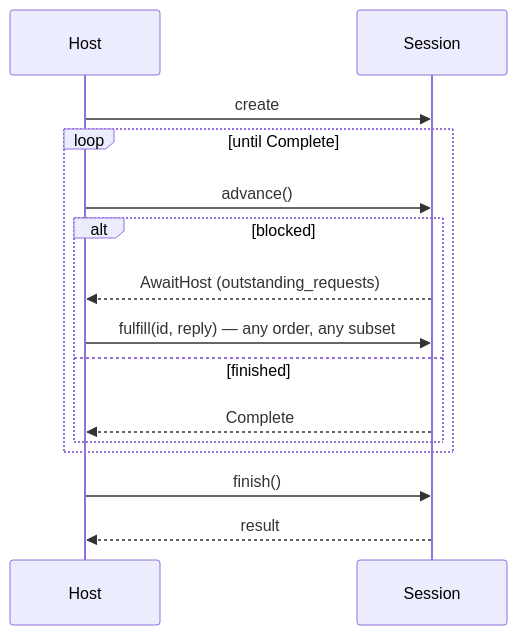
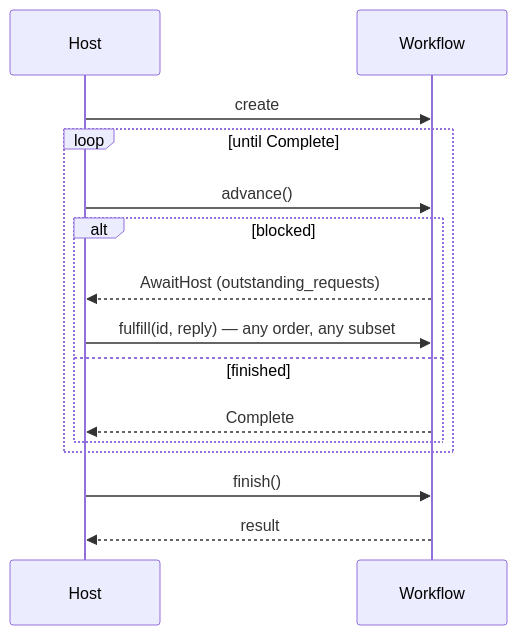
One commit to scouten/state-machine-experiment changed the second of 2 diagrams in docs/walkthrough/01-the-idea.md. Above: the diagram before and after it, drawn with Mermaid. The commit also changed other lines of this file and 102 other files, not shown here.

````diff
--- a/docs/walkthrough/01-the-idea.md
+++ b/docs/walkthrough/01-the-idea.md
@@ -99,17 +100,17 @@
 ```mermaid
 sequenceDiagram
     participant H as Host
-    participant S as Session
+    participant S as Workflow
     H->>S: create
     loop until Complete
         H->>S: advance()
         alt blocked
             S-->>H: AwaitHost (outstanding_requests)
             H->>S: fulfill(id, reply) — any order, any subset
         else finished
             S-->>H: Complete
         end
     end
     H->>S: finish()
     S-->>H: result
 ```
````
